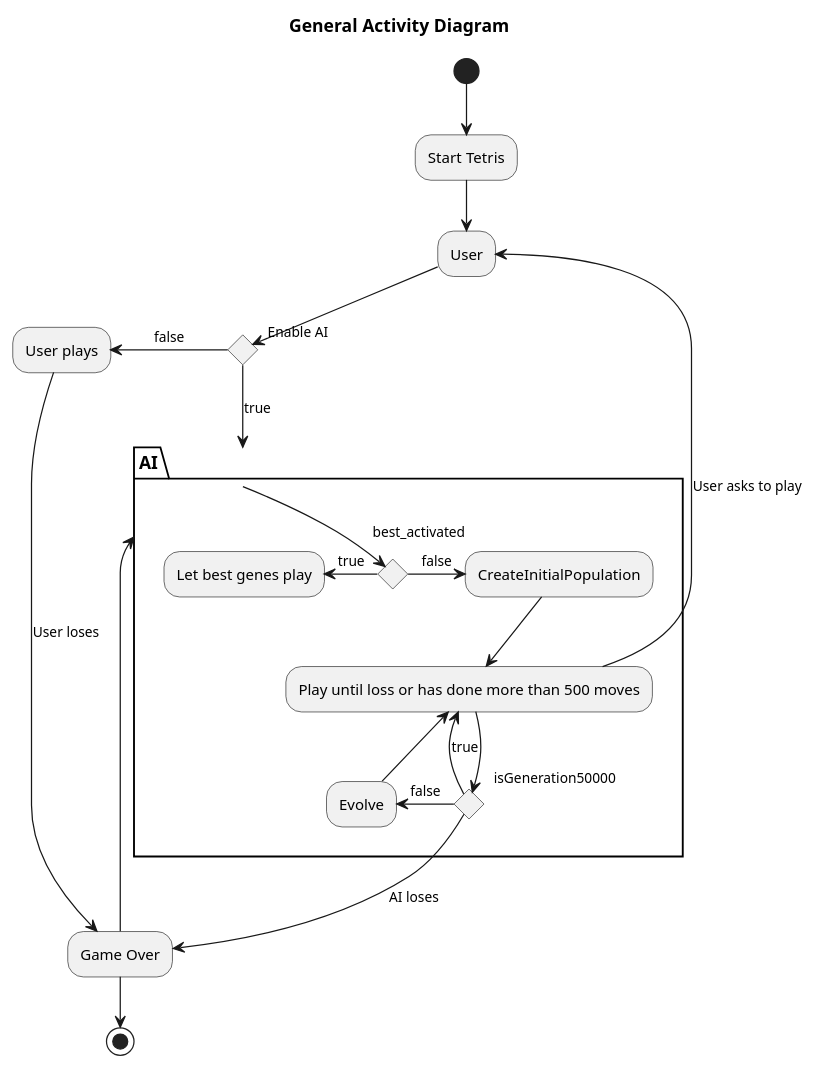
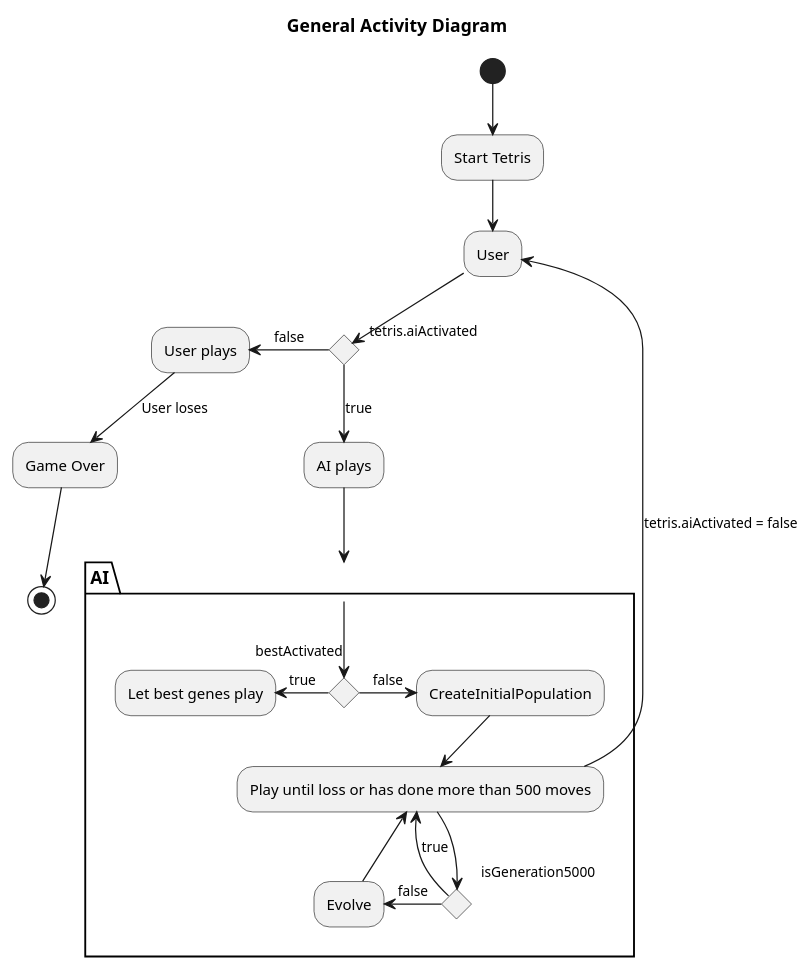
One commit to matissecallewaert/ai-tetris changed the diagram in Analyse/GeneralActivity.puml. Above: the diagram before and after it, drawn with PlantUML. The commit also changed 4 other files, not shown here.

Commit message:
diagrammen aangepast en ai parameters veranderd

```diff
--- a/Analyse/GeneralActivity.puml
+++ b/Analyse/GeneralActivity.puml
@@ -1,35 +1,34 @@
 @startuml generalActivity
 
 title ==General Activity Diagram==
 
 (*) --> "Start Tetris"
 -->"User"
-if "Enable AI" then
--down->[true] "AI"
+if "tetris.aiActivated" then
+-down->[true] "AI plays"
 else
 -left->[false] "User plays"
 -->[User loses] "Game Over"
+endif
 partition AI {
-    -up->"AI"
-    if "best_activated"
+    "AI plays"-down->"AI"
+    if " bestActivated"
     -left->[true] Let best genes play
     else
     -right->[false] CreateInitialPopulation
     endif
     --> Play until loss or has done more than 500 moves
-    if "isGeneration50000"
+    if "isGeneration5000"
     -left->[true] "Play until loss or has done more than 500 moves"
-    else
-    -down->[AI loses]"Game Over"
     else
     -left->[false] Evolve
     -up-> Play until loss or has done more than 500 moves
     endif
 }
-endif
--up->[User asks to play] User
+
+-up->[tetris.aiActivated = false] User
 
 
 "Game Over" --> (*)
 
 @enduml 
```
